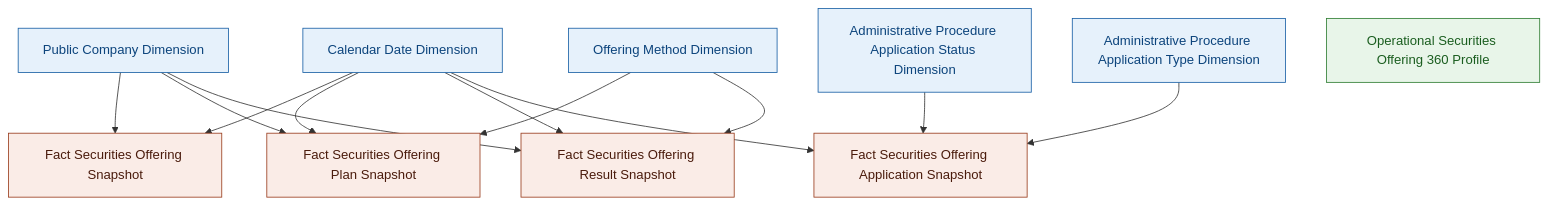
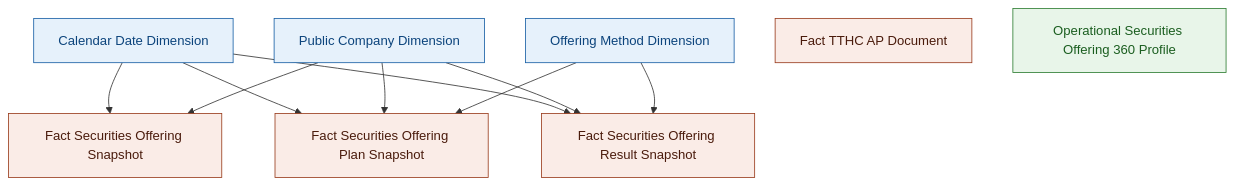
Before and after one commit to linhlvit/ubck_atomic_design: diagram 22 of 22 in Datamart/hld/DTM_QLCB_HLD.md, drawn with Mermaid. The commit also changed other lines of this file and 14 other files, not shown here.

First line of the commit message:
feat(QLCB): chuyen Nhom 5/6 sang Fact phang fct_tthc_ap_document theo SQL dbt va cap nhat flat table

````diff
--- a/Datamart/hld/DTM_QLCB_HLD.md
+++ b/Datamart/hld/DTM_QLCB_HLD.md
@@ -1230,34 +1146,29 @@
 ```mermaid
 graph TB
     classDef dim fill:#E6F1FB,stroke:#185FA5,color:#0C447C
     classDef fact fill:#FAECE7,stroke:#993C1D,color:#4A1B0C
     classDef oper fill:#E8F5E9,stroke:#2E7D32,color:#1B5E20
 
     DIM_DATE["Calendar Date Dimension"]:::dim
     DIM_COMPANY["Public Company Dimension"]:::dim
     DIM_OFFRMETHOD["Offering Method Dimension"]:::dim
-    DIM_APSTATUS["Administrative Procedure Application Status Dimension"]:::dim
-    DIM_APTYPE["Administrative Procedure Application Type Dimension"]:::dim
 
     FACT_OFF["Fact Securities Offering Snapshot"]:::fact
     FACT_PLAN["Fact Securities Offering Plan Snapshot"]:::fact
     FACT_RESULT["Fact Securities Offering Result Snapshot"]:::fact
-    FACT_APP["Fact Securities Offering Application Snapshot"]:::fact
+    FACT_APP["Fact TTHC AP Document"]:::fact
 
     OPR_OFF["Operational Securities Offering 360 Profile"]:::oper
 
     DIM_DATE --> FACT_OFF
     DIM_COMPANY --> FACT_OFF
 
     DIM_DATE --> FACT_PLAN
     DIM_COMPANY --> FACT_PLAN
     DIM_OFFRMETHOD --> FACT_PLAN
 
     DIM_DATE --> FACT_RESULT
     DIM_COMPANY --> FACT_RESULT
     DIM_OFFRMETHOD --> FACT_RESULT
 
-    DIM_DATE --> FACT_APP
-    DIM_APSTATUS --> FACT_APP
-    DIM_APTYPE --> FACT_APP
 ```
````
